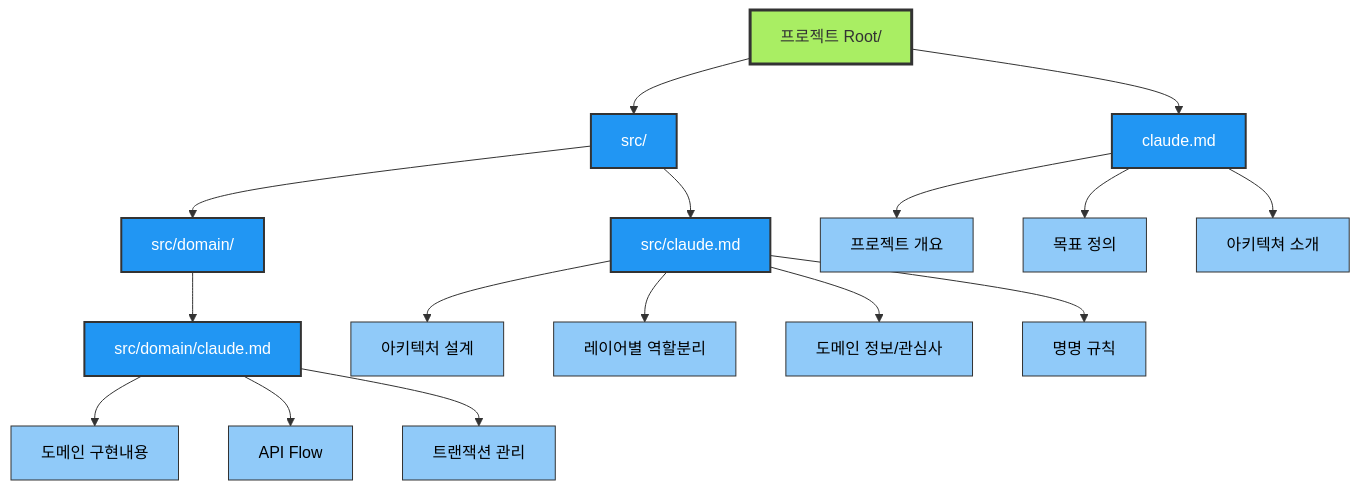
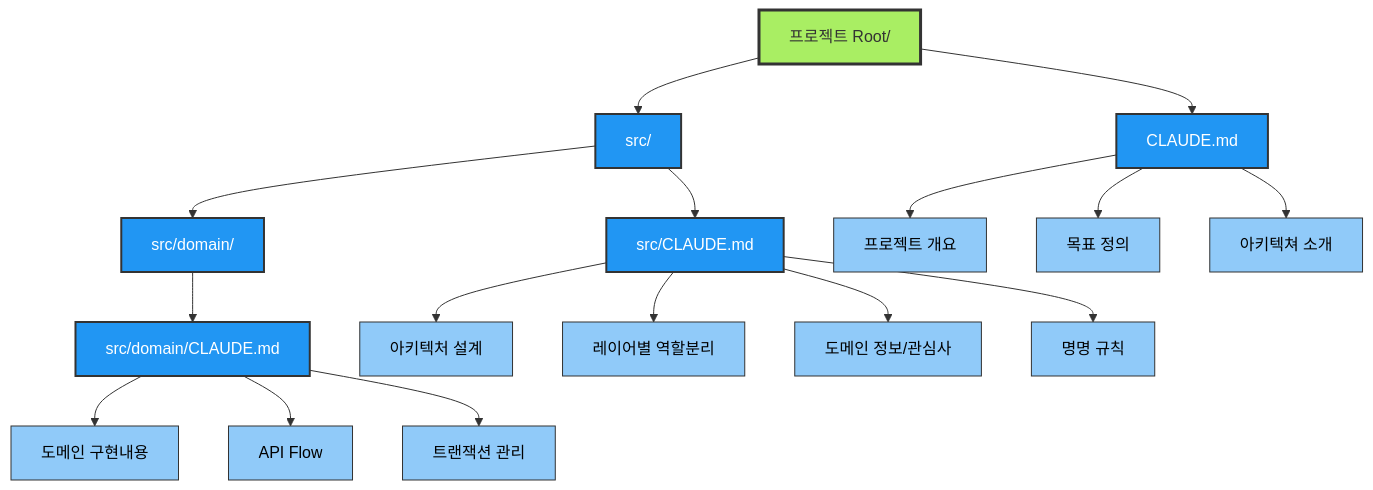
The first of 3 diagrams in handover/ai-coding-presentation.md (isinthesky/isinthesky), drawn with Mermaid before and after one commit. The commit also changed other lines of this file, not shown here.

````diff
--- a/handover/ai-coding-presentation.md
+++ b/handover/ai-coding-presentation.md
@@ -192,29 +192,29 @@
 ```mermaid
 graph TD
-    A[프로젝트 Root/] --> B[claude.md]
+    A[프로젝트 Root/] --> B[CLAUDE.md]
     A --> C[src/]
-    C --> D[src/claude.md]
+    C --> D[src/CLAUDE.md]
     C --> E[src/domain/]
-    E --> F[src/domain/claude.md]
+    E --> F[src/domain/CLAUDE.md]
     
     B --> B1[프로젝트 개요]
     B --> B2[목표 정의]
     B --> B3[아키텍쳐 소개]
     
     D --> D1[아키텍처 설계]
     D --> D2[레이어별 역할분리]
     D --> D3[도메인 정보/관심사]
     D --> D4[명명 규칙]
 
     F --> F1[도메인 구현내용]
     F --> F2[API Flow]
     F --> F3[트랜잭션 관리]
     
     classDef root fill:#a9ee63,stroke:#333,stroke-width:3px,color:#333
     classDef files fill:#2196f3,stroke:#333,stroke-width:2px,color:#fff
     classDef content fill:#90caf9,stroke:#333,stroke-width:1px,color:#000
     
     class A root
     class B,C,D,E,F files
     class B1,B2,B3,B4,D1,D2,D3,D4,F1,F2,F3 content
 ```
````
